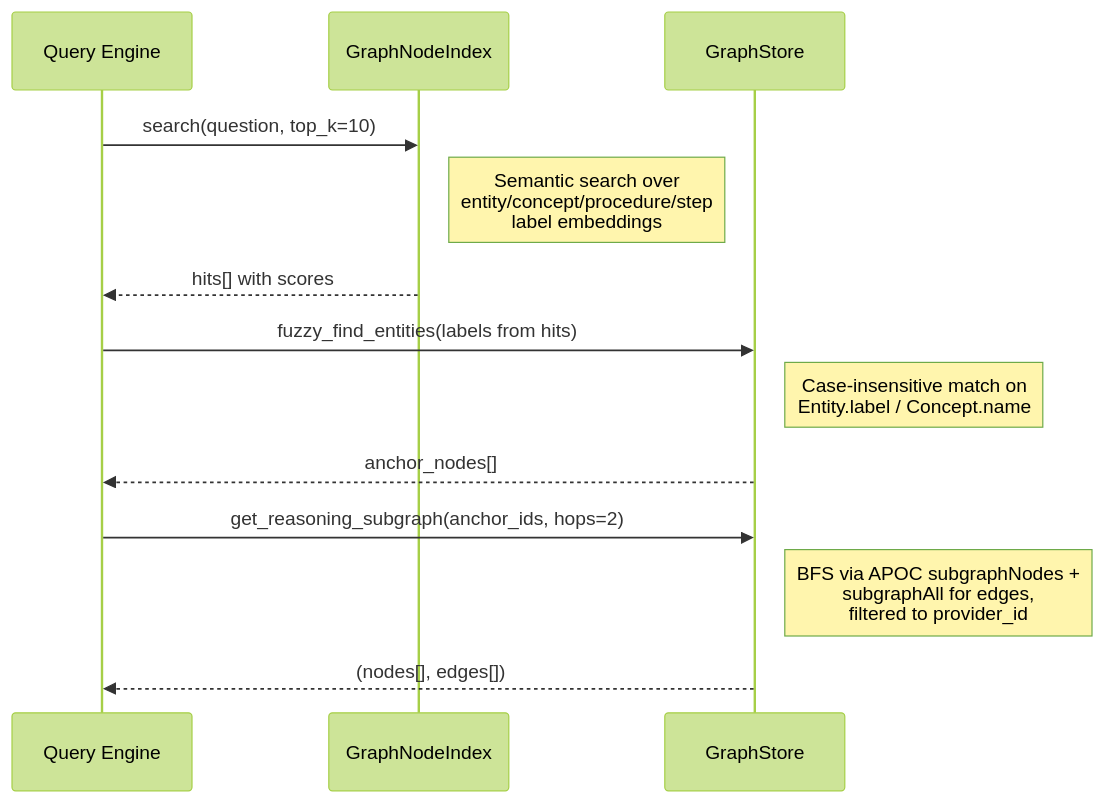
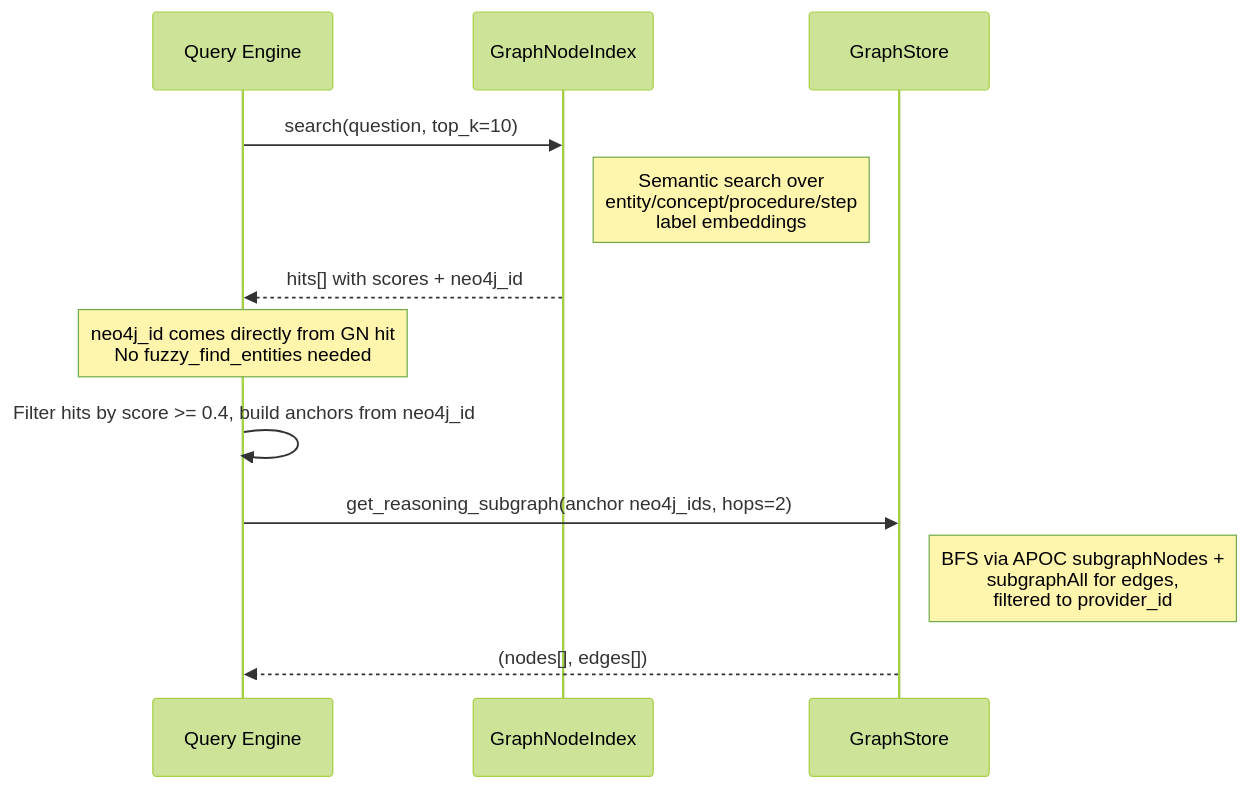
Before and after one commit to rashwin88/trident-demo: the fourth of 8 diagrams in docs/stores.md, drawn with Mermaid (forest theme). The commit also changed other lines of this file and 50 other files, not shown here.

````diff
--- a/docs/stores.md
+++ b/docs/stores.md
@@ -128,18 +149,17 @@
 ```mermaid
 sequenceDiagram
     participant QE as Query Engine
     participant GN as GraphNodeIndex
     participant G as GraphStore
 
     QE->>GN: search(question, top_k=10)
     Note right of GN: Semantic search over<br/>entity/concept/procedure/step<br/>label embeddings
-    GN-->>QE: hits[] with scores
+    GN-->>QE: hits[] with scores + neo4j_id
 
-    QE->>G: fuzzy_find_entities(labels from hits)
-    Note right of G: Case-insensitive match on<br/>Entity.label / Concept.name
-    G-->>QE: anchor_nodes[]
+    Note over QE: neo4j_id comes directly from GN hit<br/>No fuzzy_find_entities needed
+    QE->>QE: Filter hits by score >= 0.4, build anchors from neo4j_id
 
-    QE->>G: get_reasoning_subgraph(anchor_ids, hops=2)
+    QE->>G: get_reasoning_subgraph(anchor neo4j_ids, hops=2)
     Note right of G: BFS via APOC subgraphNodes +<br/>subgraphAll for edges,<br/>filtered to provider_id
     G-->>QE: (nodes[], edges[])
 ```
````
